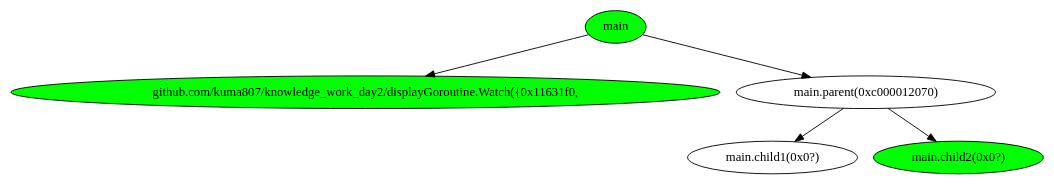
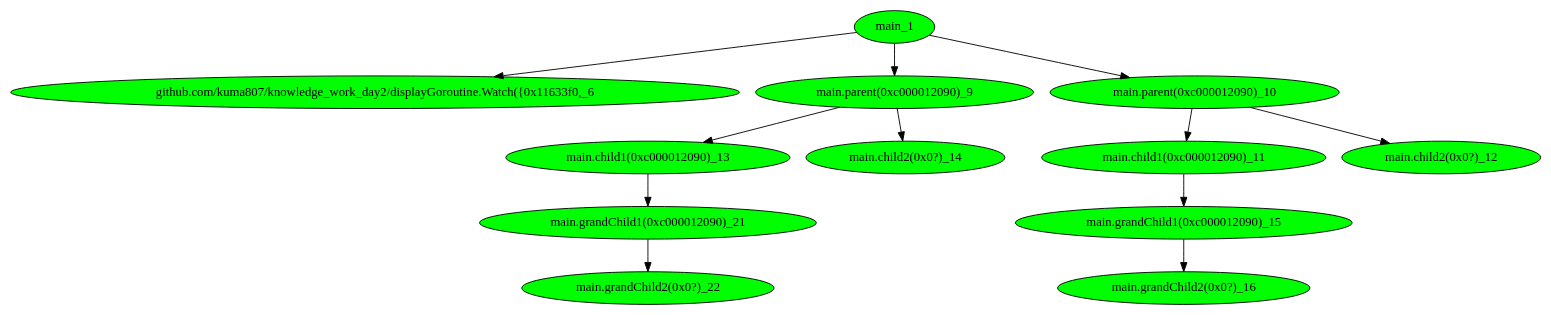
One commit to kuma807/knowledge_work_day2 changed the diagram in main_testGoroutine/tree_4.dot. Above: the diagram before and after it, drawn with Graphviz. The commit also changed 28 other files, not shown here.

```diff
--- a/main_testGoroutine/tree_4.dot
+++ b/main_testGoroutine/tree_4.dot
@@ -1,12 +1,26 @@
 digraph G {
-	"main"->"github.com/kuma807/knowledge_work_day2/displayGoroutine.Watch({0x11631f0,";
-	"main"->"main.parent(0xc000012070)";
-	"main.parent(0xc000012070)"->"main.child1(0x0?)";
-	"main.parent(0xc000012070)"->"main.child2(0x0?)";
-	"github.com/kuma807/knowledge_work_day2/displayGoroutine.Watch({0x11631f0," [ fillcolor="#00FF00", style="solid,filled" ];
-	"main" [ fillcolor="#00FF00", style="solid,filled" ];
-	"main.child1(0x0?)";
-	"main.child2(0x0?)" [ fillcolor="#00FF00", style="solid,filled" ];
-	"main.parent(0xc000012070)";
+	"main_1"->"github.com/kuma807/knowledge_work_day2/displayGoroutine.Watch({0x11633f0,_6";
+	"main_1"->"main.parent(0xc000012090)_9";
+	"main_1"->"main.parent(0xc000012090)_10";
+	"main.parent(0xc000012090)_10"->"main.child1(0xc000012090)_11";
+	"main.parent(0xc000012090)_10"->"main.child2(0x0?)_12";
+	"main.parent(0xc000012090)_9"->"main.child1(0xc000012090)_13";
+	"main.parent(0xc000012090)_9"->"main.child2(0x0?)_14";
+	"main.child1(0xc000012090)_11"->"main.grandChild1(0xc000012090)_15";
+	"main.grandChild1(0xc000012090)_15"->"main.grandChild2(0x0?)_16";
+	"main.child1(0xc000012090)_13"->"main.grandChild1(0xc000012090)_21";
+	"main.grandChild1(0xc000012090)_21"->"main.grandChild2(0x0?)_22";
+	"github.com/kuma807/knowledge_work_day2/displayGoroutine.Watch({0x11633f0,_6" [ fillcolor="#00FF00", style="solid,filled" ];
+	"main.child1(0xc000012090)_11" [ fillcolor="#00FF00", style="solid,filled" ];
+	"main.child1(0xc000012090)_13" [ fillcolor="#00FF00", style="solid,filled" ];
+	"main.child2(0x0?)_12" [ fillcolor="#00FF00", style="solid,filled" ];
+	"main.child2(0x0?)_14" [ fillcolor="#00FF00", style="solid,filled" ];
+	"main.grandChild1(0xc000012090)_15" [ fillcolor="#00FF00", style="solid,filled" ];
+	"main.grandChild1(0xc000012090)_21" [ fillcolor="#00FF00", style="solid,filled" ];
+	"main.grandChild2(0x0?)_16" [ fillcolor="#00FF00", style="solid,filled" ];
+	"main.grandChild2(0x0?)_22" [ fillcolor="#00FF00", style="solid,filled" ];
+	"main.parent(0xc000012090)_10" [ fillcolor="#00FF00", style="solid,filled" ];
+	"main.parent(0xc000012090)_9" [ fillcolor="#00FF00", style="solid,filled" ];
+	"main_1" [ fillcolor="#00FF00", style="solid,filled" ];
 
 }
```
